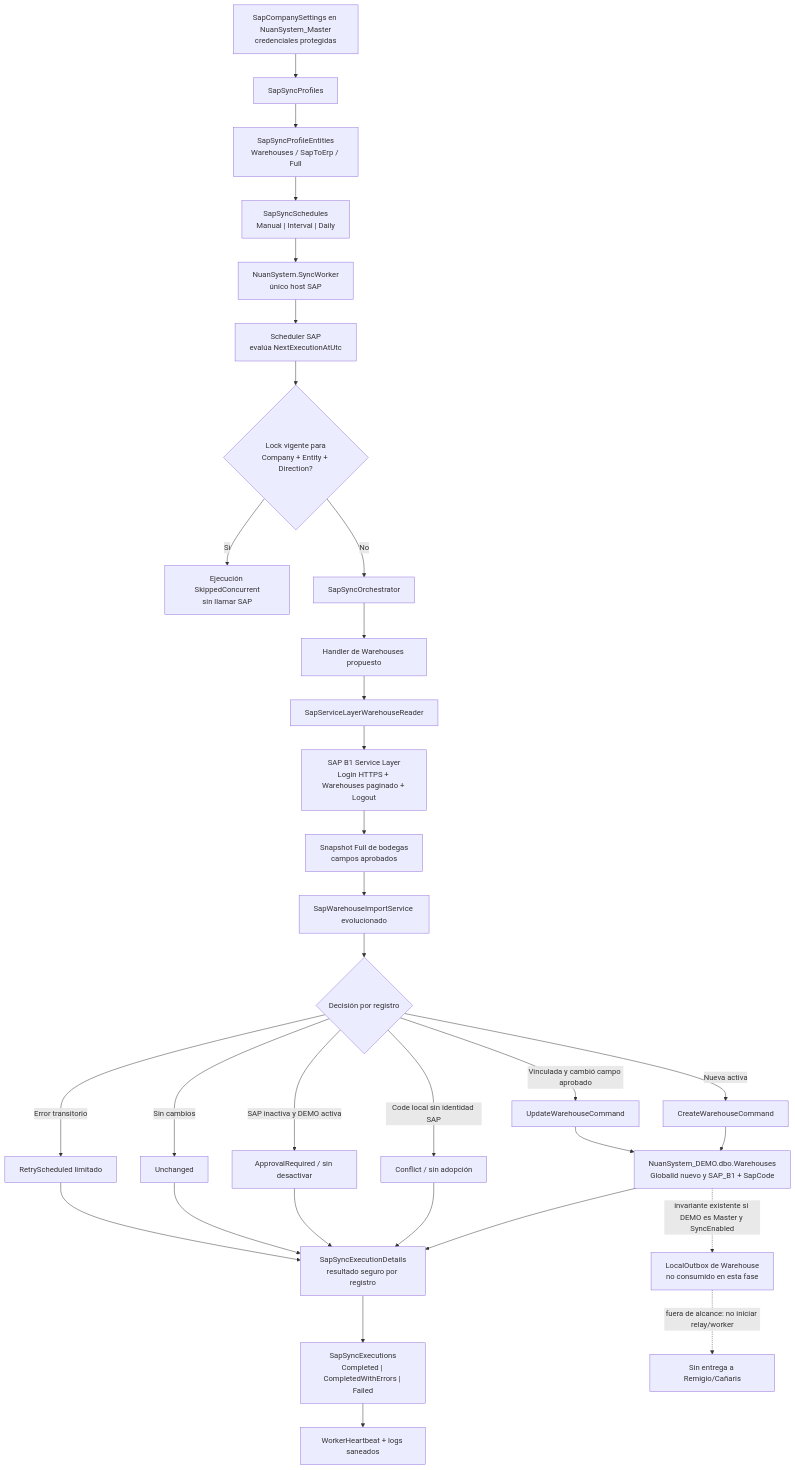
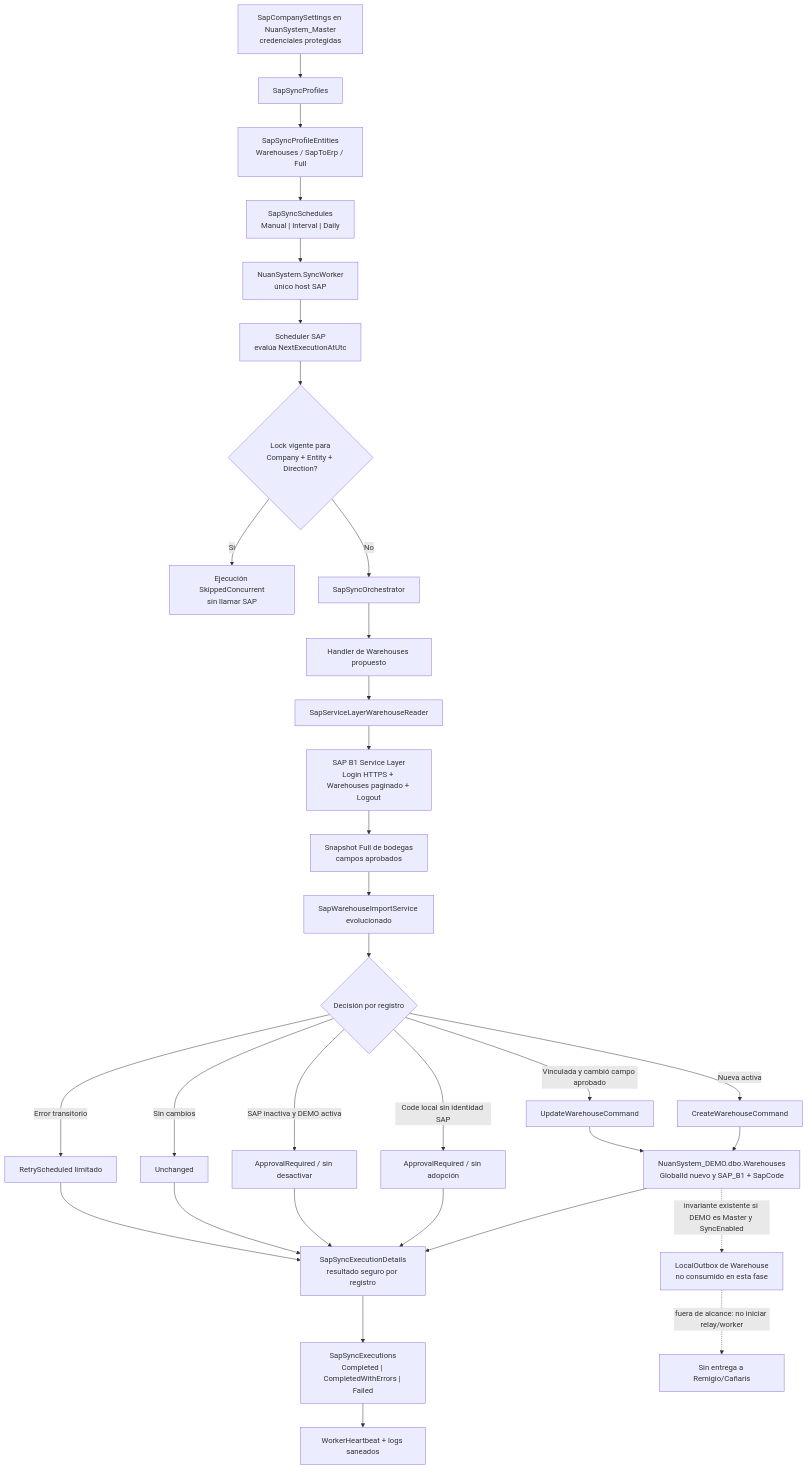
One commit to gerencianuanintech/nuansystem changed the first of 3 diagrams in docs/architecture/SAP-SYNC-PROFILES-BLUEPRINT.md. Above: the diagram before and after it, drawn with Mermaid. The commit also changed other lines of this file and 1 other file, not shown here.

Commit message:
docs(sap): align warehouse approval decisions

````diff
--- a/docs/architecture/SAP-SYNC-PROFILES-BLUEPRINT.md
+++ b/docs/architecture/SAP-SYNC-PROFILES-BLUEPRINT.md
@@ -220,34 +220,34 @@
 ```mermaid
 flowchart TD
     A["SapCompanySettings en NuanSystem_Master<br/>credenciales protegidas"] --> B["SapSyncProfiles"]
     B --> C["SapSyncProfileEntities<br/>Warehouses / SapToErp / Full"]
     C --> D["SapSyncSchedules<br/>Manual | Interval | Daily"]
     D --> E["NuanSystem.SyncWorker<br/>único host SAP"]
     E --> F["Scheduler SAP<br/>evalúa NextExecutionAtUtc"]
     F --> G{"Lock vigente para<br/>Company + Entity + Direction?"}
     G -- Sí --> H["Ejecución SkippedConcurrent<br/>sin llamar SAP"]
     G -- No --> I["SapSyncOrchestrator"]
     I --> J["Handler de Warehouses propuesto"]
     J --> K["SapServiceLayerWarehouseReader"]
     K --> L["SAP B1 Service Layer<br/>Login HTTPS + Warehouses paginado + Logout"]
     L --> M["Snapshot Full de bodegas<br/>campos aprobados"]
     M --> N["SapWarehouseImportService evolucionado"]
     N --> O{"Decisión por registro"}
     O -- Nueva activa --> P["CreateWarehouseCommand"]
     O -- Vinculada y cambió campo aprobado --> Q["UpdateWarehouseCommand"]
-    O -- Code local sin identidad SAP --> R["Conflict / sin adopción"]
+    O -- Code local sin identidad SAP --> R["ApprovalRequired / sin adopción"]
     O -- SAP inactiva y DEMO activa --> S["ApprovalRequired / sin desactivar"]
     O -- Sin cambios --> T["Unchanged"]
     O -- Error transitorio --> U["RetryScheduled limitado"]
     P --> V["NuanSystem_DEMO.dbo.Warehouses<br/>GlobalId nuevo y SAP_B1 + SapCode"]
     Q --> V
     V --> W["SapSyncExecutionDetails<br/>resultado seguro por registro"]
     R --> W
     S --> W
     T --> W
     U --> W
     W --> X["SapSyncExecutions<br/>Completed | CompletedWithErrors | Failed"]
     X --> Y["WorkerHeartbeat + logs saneados"]
     V -. "invariante existente si DEMO es Master y SyncEnabled" .-> Z["LocalOutbox de Warehouse<br/>no consumido en esta fase"]
     Z -. "fuera de alcance: no iniciar relay/worker" .-> AA["Sin entrega a Remigio/Cañaris"]
 ```
````
